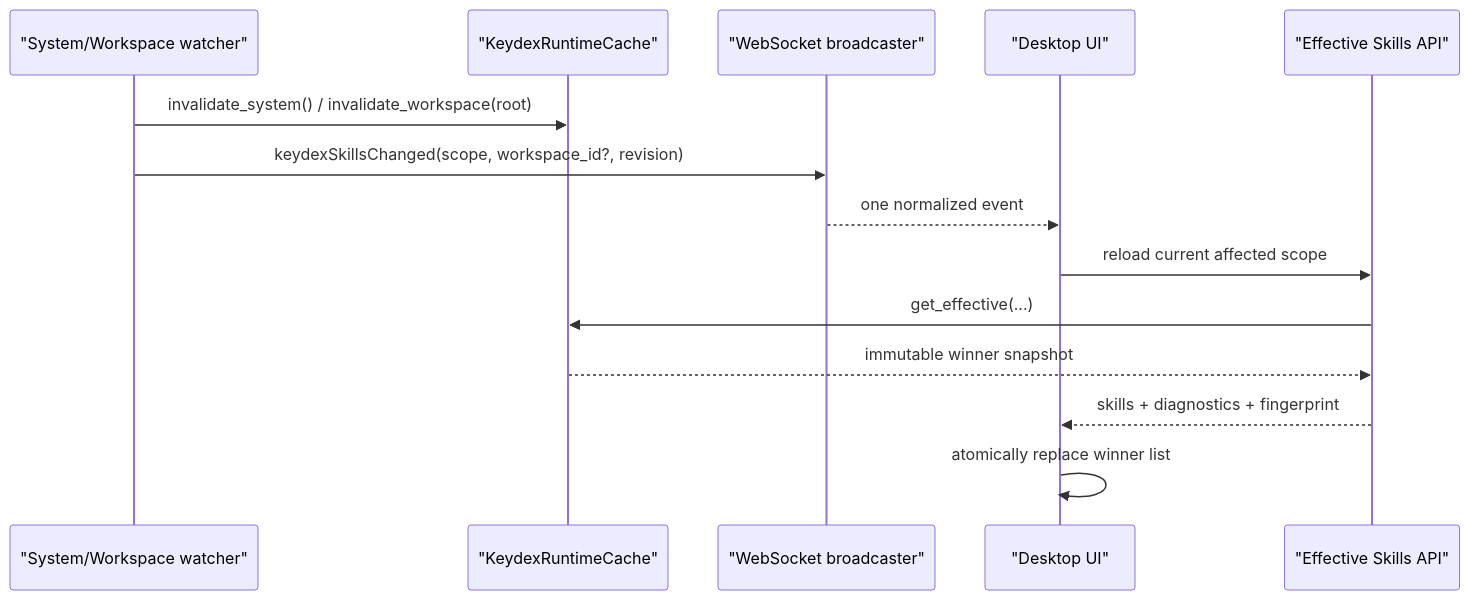
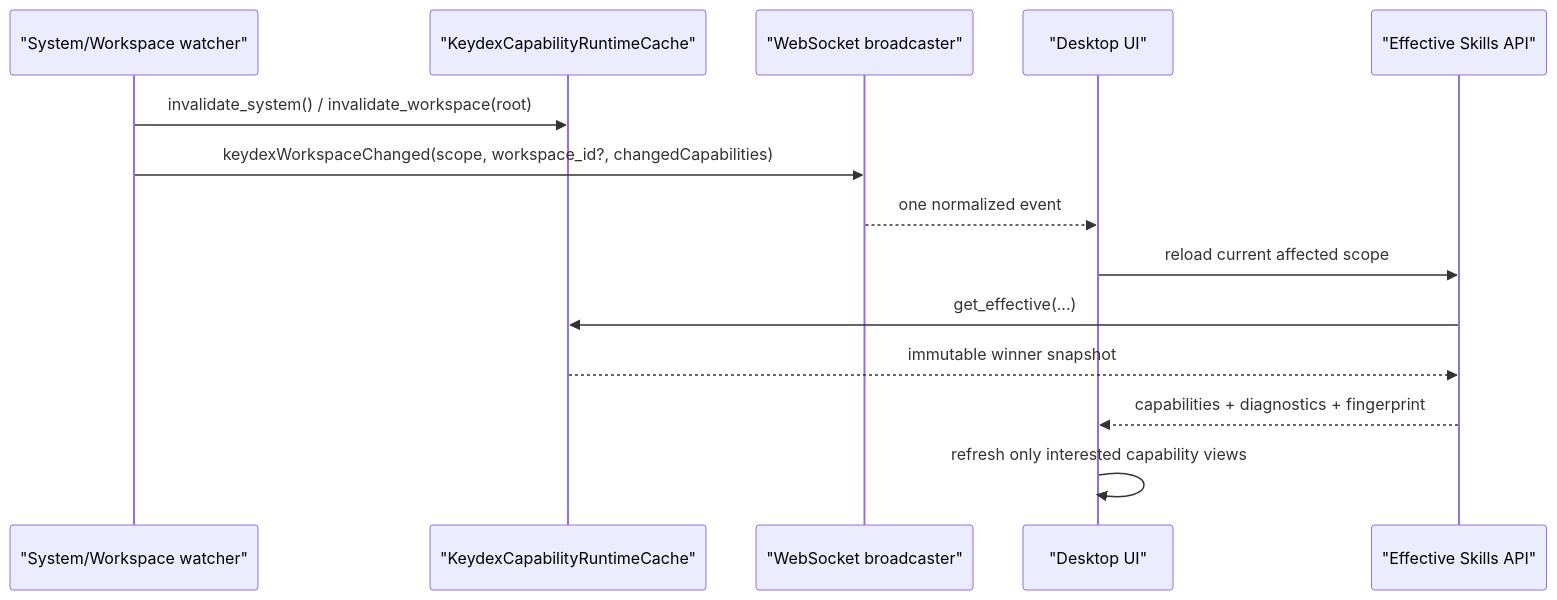
Before and after one commit to HZZ177/keydex: the fourth of 6 diagrams in .ktaicoding/des/DES-20260625-001-keydex-skill.md, drawn with Mermaid. The commit also changed other lines of this file and 404 other files, not shown here.

````diff
--- a/.ktaicoding/des/DES-20260625-001-keydex-skill.md
+++ b/.ktaicoding/des/DES-20260625-001-keydex-skill.md
@@ -592,17 +583,17 @@
 ```mermaid
 sequenceDiagram
     participant FS as "System/Workspace watcher"
-    participant Cache as "KeydexRuntimeCache"
+    participant Cache as "KeydexCapabilityRuntimeCache"
     participant WS as "WebSocket broadcaster"
     participant UI as "Desktop UI"
     participant API as "Effective Skills API"
 
     FS->>Cache: invalidate_system() / invalidate_workspace(root)
-    FS->>WS: keydexSkillsChanged(scope, workspace_id?, revision)
+    FS->>WS: keydexWorkspaceChanged(scope, workspace_id?, changedCapabilities)
     WS-->>UI: one normalized event
     UI->>API: reload current affected scope
     API->>Cache: get_effective(...)
     Cache-->>API: immutable winner snapshot
-    API-->>UI: skills + diagnostics + fingerprint
-    UI->>UI: atomically replace winner list
+    API-->>UI: capabilities + diagnostics + fingerprint
+    UI->>UI: refresh only interested capability views
 ```
````
